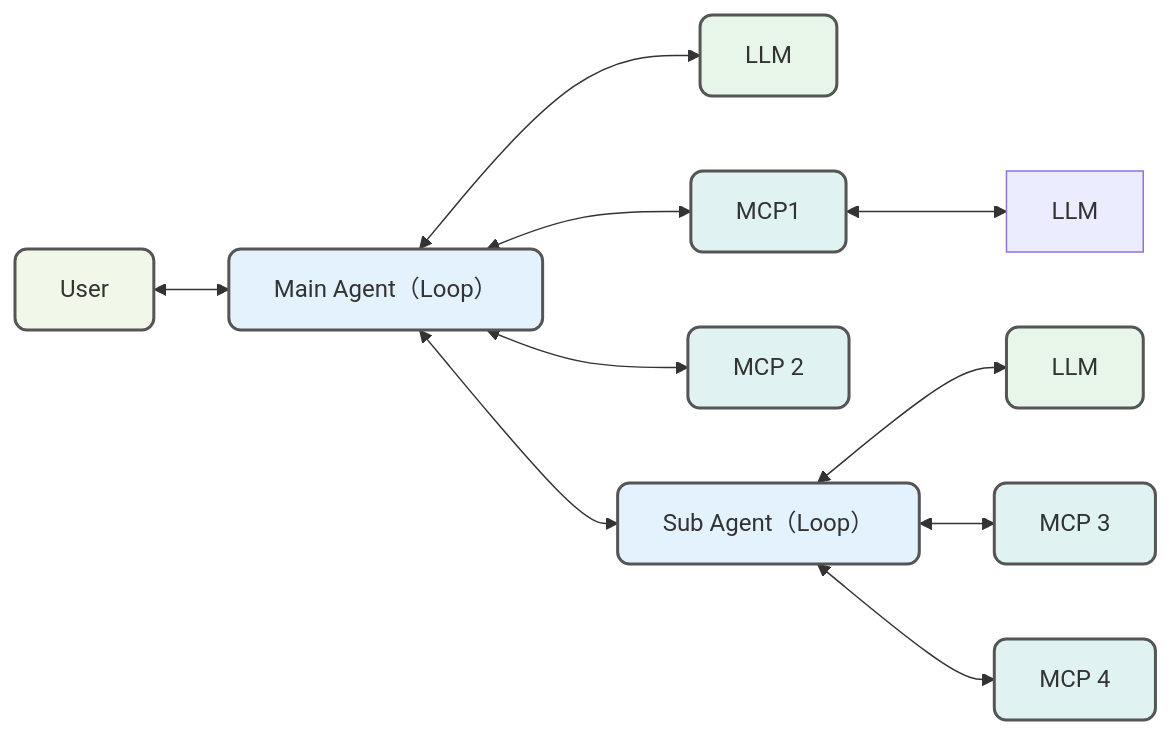
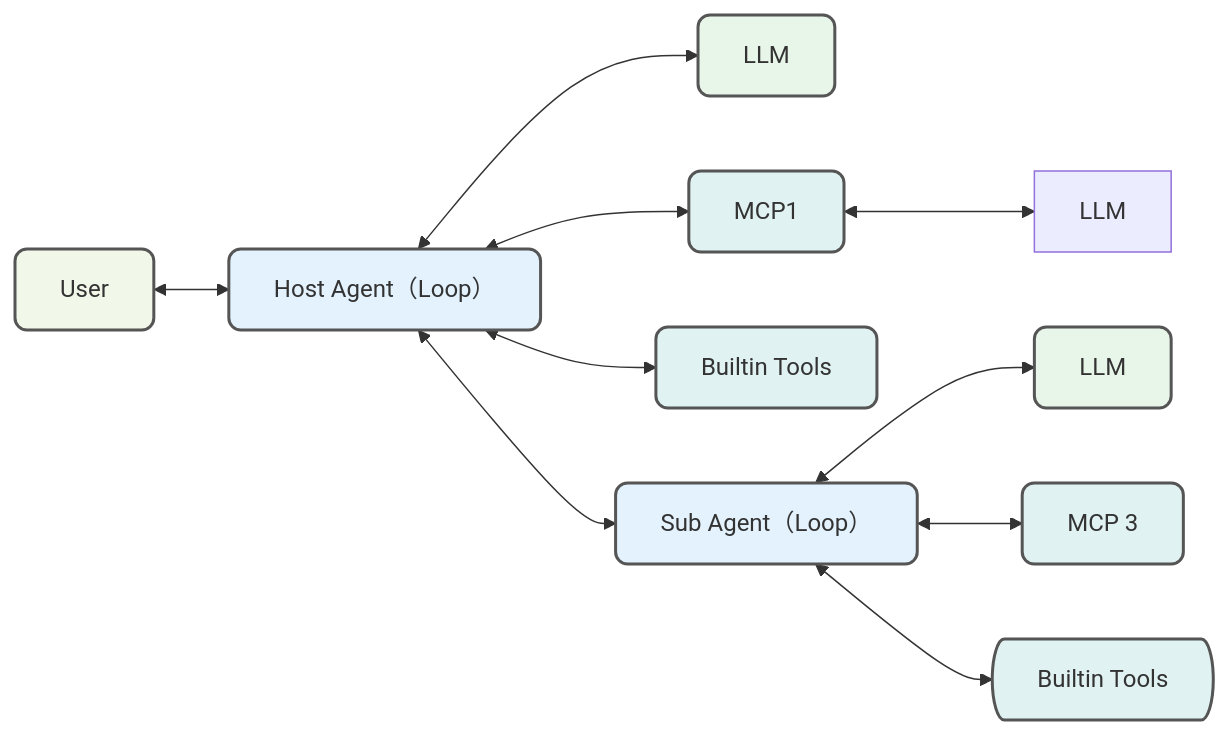
The third of 4 diagrams in content/program/llm/领域 Agent 如何像 Manus 交付业务需求-OneAgent + MCPs 范式.md (istarwyh/xiaohui), drawn with Mermaid before and after one commit. The commit also changed 10 other files, not shown here.

````diff
--- a/content/program/llm/领域 Agent 如何像 Manus 交付业务需求-OneAgent + MCPs 范式.md
+++ b/content/program/llm/领域 Agent 如何像 Manus 交付业务需求-OneAgent + MCPs 范式.md
@@ -112,37 +112,70 @@
 ```mermaid
 graph LR
-    %% 定义节点
-    User[User]
-    MainAgent[Main Agent（Loop）]
-    LLM1[LLM]
-    LLM3[LLM]
-    Tool1[MCP1]
-    Tool2[MCP 2]
-    SubAgent[Sub Agent（Loop）]
-    LLM2[LLM]
-    Tool3[MCP 3]
-    Tool4[MCP 4]
 
-    %% 定义连接
-    User <--> MainAgent
-    MainAgent <--> LLM1
-    MainAgent <--> Tool1
-    Tool1 <--> LLM3
-    MainAgent <--> Tool2
-    MainAgent <--> SubAgent
-    SubAgent <--> LLM2
-    SubAgent <--> Tool3
-    SubAgent <--> Tool4
+%% 定义节点
 
-    %% 定义节点样式以匹配原图颜色
-    style User fill:#f1f8e9,stroke:#555,stroke-width:2px,rx:8,ry:8
-    style MainAgent fill:#e3f2fd,stroke:#555,stroke-width:2px,rx:8,ry:8
-    style SubAgent fill:#e3f2fd,stroke:#555,stroke-width:2px,rx:8,ry:8
-    style LLM1 fill:#e8f5e9,stroke:#555,stroke-width:2px,rx:8,ry:8
-    style LLM2 fill:#e8f5e9,stroke:#555,stroke-width:2px,rx:8,ry:8
-    style Tool1 fill:#e0f2f1,stroke:#555,stroke-width:2px,rx:8,ry:8
-    style Tool2 fill:#e0f2f1,stroke:#555,stroke-width:2px,rx:8,ry:8
-    style Tool3 fill:#e0f2f1,stroke:#555,stroke-width:2px,rx:8,ry:8
-    style Tool4 fill:#e0f2f1,stroke:#555,stroke-width:2px,rx:8,ry:8
+User[User]
+
+MainAgent[Host Agent（Loop）]
+
+LLM1[LLM]
+
+LLM3[LLM]
+
+Tool1[MCP1]
+
+Tool2[Builtin Tools]
+
+SubAgent[Sub Agent（Loop）]
+
+LLM2[LLM]
+
+Tool3[MCP 3]
+
+Tool4[Builtin Tools]
+
+  
+
+%% 定义连接
+
+User <--> MainAgent
+
+MainAgent <--> LLM1
+
+MainAgent <--> Tool1
+
+Tool1 <--> LLM3
+
+MainAgent <--> Tool2
+
+MainAgent <--> SubAgent
+
+SubAgent <--> LLM2
+
+SubAgent <--> Tool3
+
+SubAgent <--> Tool4
+
+  
+
+%% 定义节点样式以匹配原图颜色
+
+style User fill:#f1f8e9,stroke:#555,stroke-width:2px,rx:8,ry:8
+
+style MainAgent fill:#e3f2fd,stroke:#555,stroke-width:2px,rx:8,ry:8
+
+style SubAgent fill:#e3f2fd,stroke:#555,stroke-width:2px,rx:8,ry:8
+
+style LLM1 fill:#e8f5e9,stroke:#555,stroke-width:2px,rx:8,ry:8
+
+style LLM2 fill:#e8f5e9,stroke:#555,stroke-width:2px,rx:8,ry:8
+
+style Tool1 fill:#e0f2f1,stroke:#555,stroke-width:2px,rx:8,ry:8
+
+style Tool2 fill:#e0f2f1,stroke:#555,stroke-width:2px,rx:8,ry:8
+
+style Tool3 fill:#e0f2f1,stroke:#555,stroke-width:2px,rx:8,ry:8
+
+style Tool4 fill:#e0f2f1,stroke:#555,stroke-width:2px,rx:8,ry:88
 
 ```
````
